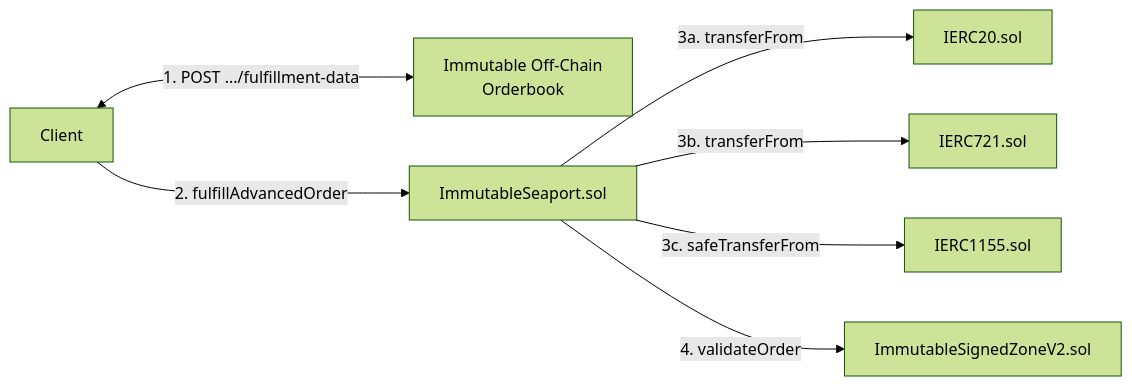
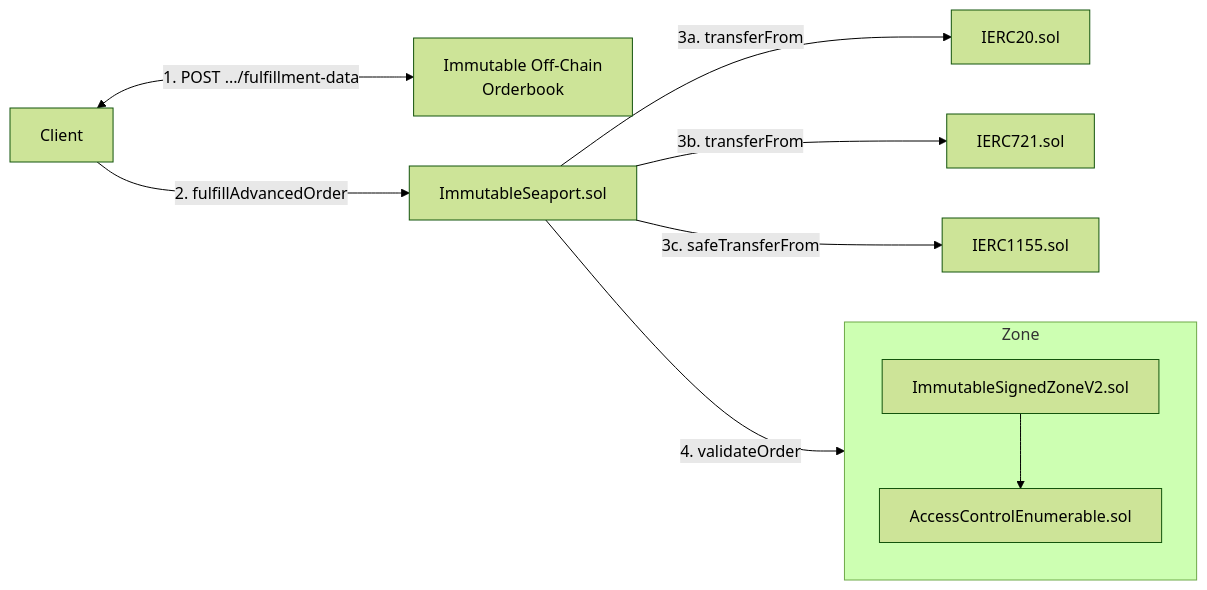
One commit to immutable/contracts changed the diagram in contracts/trading/seaport/zones/immutable-signed-zone/v2/README.md. Above: the diagram before and after it, drawn with Mermaid (forest theme). The commit also changed other lines of this file and 7 other files, not shown here.

Commit message:
Add zone manager role to ImmutableSignedZoneV2

````diff
--- a/contracts/trading/seaport/zones/immutable-signed-zone/v2/README.md
+++ b/contracts/trading/seaport/zones/immutable-signed-zone/v2/README.md
@@ -29,9 +29,13 @@
 ```mermaid
 flowchart LR
   client[Client] <-- 1. POST .../fulfillment-data ---> ob[Immutable Off-Chain\nOrderbook]
   client -- 2. fulfillAdvancedOrder ---> seaport[ImmutableSeaport.sol]
   seaport -- 3a. transferFrom --> erc20[IERC20.sol]
   seaport -- 3b. transferFrom --> erc721[IERC721.sol]
   seaport -- 3c. safeTransferFrom --> erc1155[IERC1155.sol]
-  seaport -- 4. validateOrder --> zone[ImmutableSignedZoneV2.sol]
+  seaport -- 4. validateOrder --> Zone
+  subgraph Zone
+    direction TB
+    zone[ImmutableSignedZoneV2.sol] --> AccessControlEnumerable.sol
+  end
 ```
````
